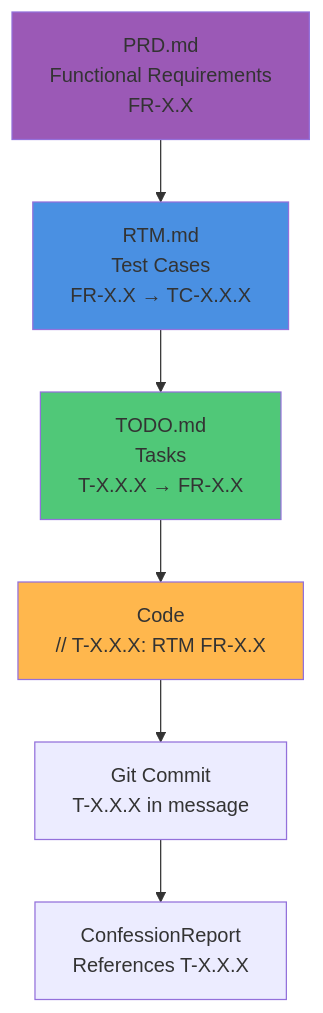
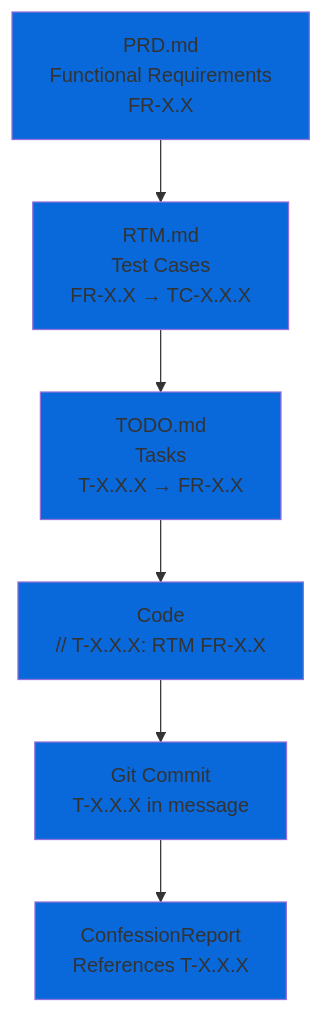
The fourth of 6 diagrams in integrations/skills/product-manager/README.md (msbrettorg/maenifold), drawn with Mermaid before and after one commit. The commit also changed other lines of this file and 31 other files, not shown here.

````diff
--- a/integrations/skills/product-manager/README.md
+++ b/integrations/skills/product-manager/README.md
@@ -202,13 +223,15 @@
 ```mermaid
 graph TD
     PRD[PRD.md<br/>Functional Requirements<br/>FR-X.X] --> RTM[RTM.md<br/>Test Cases<br/>FR-X.X → TC-X.X.X]
     RTM --> TODO[TODO.md<br/>Tasks<br/>T-X.X.X → FR-X.X]
     TODO --> Code[Code<br/>// T-X.X.X: RTM FR-X.X]
     Code --> Commit[Git Commit<br/>T-X.X.X in message]
     Commit --> Confession[ConfessionReport<br/>References T-X.X.X]
 
-    style PRD fill:#9B59B6
-    style RTM fill:#4A90E2
-    style TODO fill:#50C878
-    style Code fill:#FFB74D
+    style PRD fill:#0969DA
+    style RTM fill:#0969DA
+    style TODO fill:#0969DA
+    style Code fill:#0969DA
+    style Commit fill:#0969DA
+    style Confession fill:#0969DA
 ```
````
